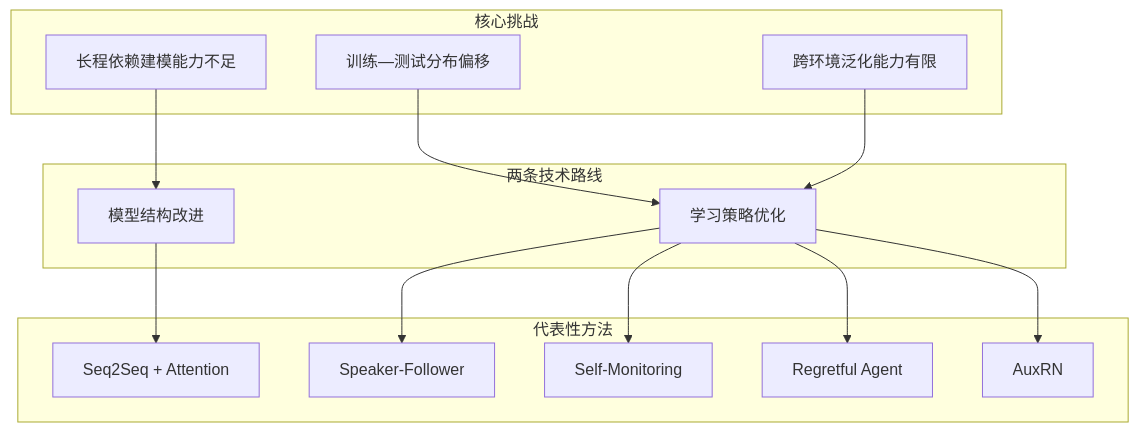
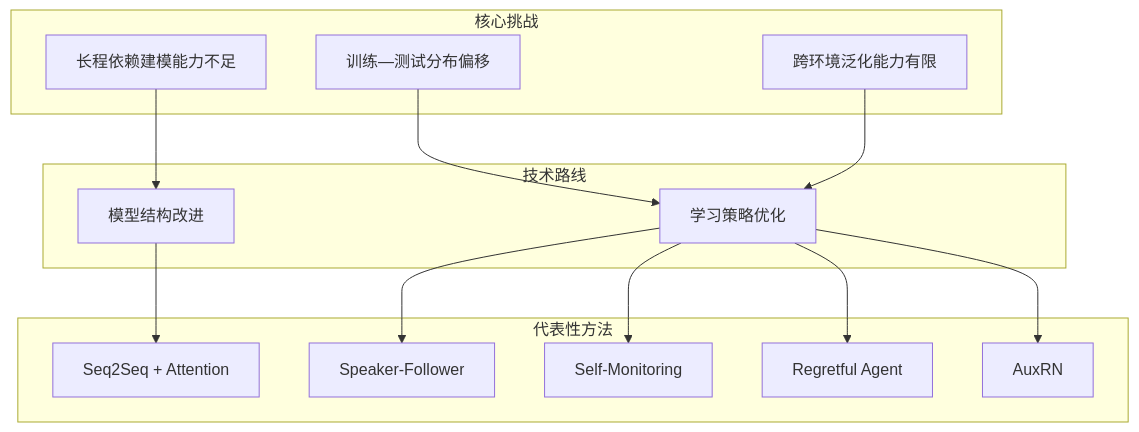
One commit to Xbotics-Embodied-AI-club/Xbotics-Embodied-AI-Handbook changed the second of 4 diagrams in docs/part5-vln/19-vln-practice.md. Above: the diagram before and after it, drawn with Mermaid. The commit also changed other lines of this file and 12 other files, not shown here.

````diff
--- a/docs/part5-vln/19-vln-practice.md
+++ b/docs/part5-vln/19-vln-practice.md
@@ -90,30 +94,30 @@
 ```mermaid
 flowchart TB
     subgraph Root["核心挑战"]
         R1["长程依赖建模能力不足"]
         R2["训练—测试分布偏移"]
         R3["跨环境泛化能力有限"]
     end
 
-    subgraph Route["两条技术路线"]
+    subgraph Route["技术路线"]
         A1["模型结构改进"]
         A2["学习策略优化"]
     end
 
     subgraph Method["代表性方法"]
         M1["Seq2Seq + Attention"]
         M2["Speaker-Follower"]
         M3["Self-Monitoring"]
         M4["Regretful Agent"]
         M5["AuxRN"]
     end
 
     R1 --> A1
     R2 --> A2
     R3 --> A2
     A1 --> M1
     A2 --> M2
     A2 --> M3
     A2 --> M4
     A2 --> M5
 ```
````
